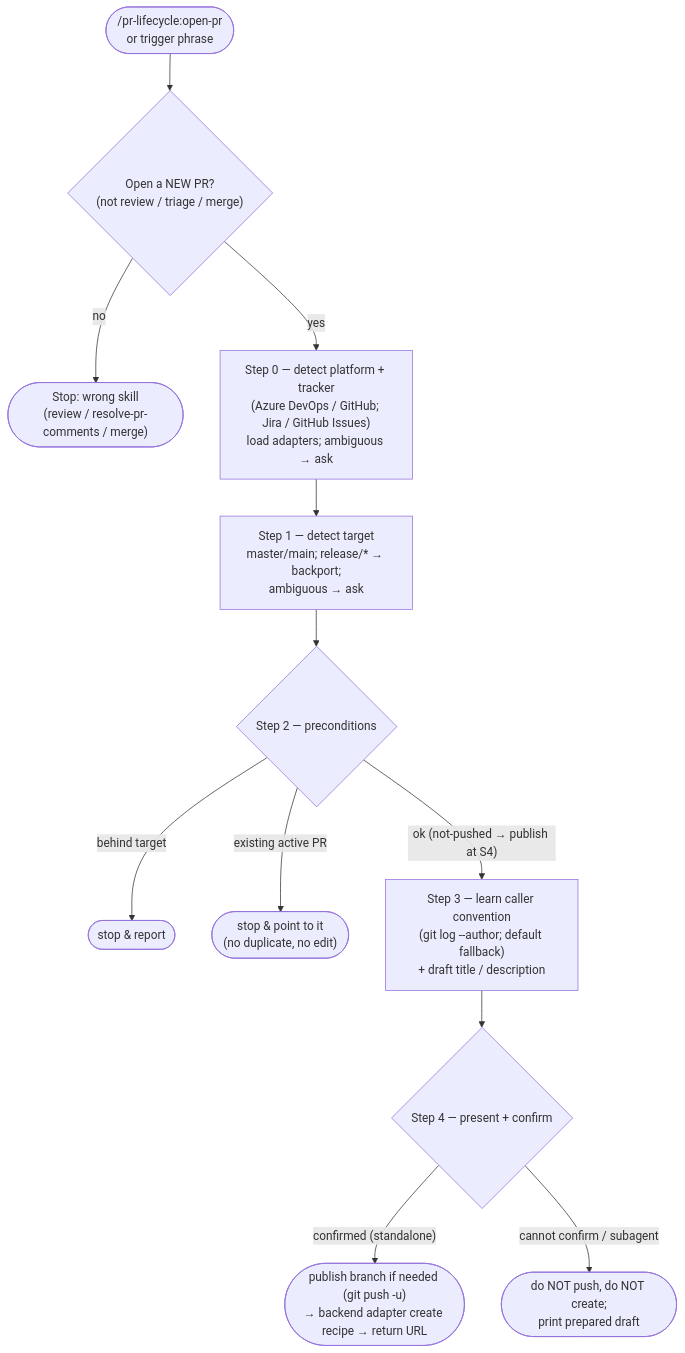
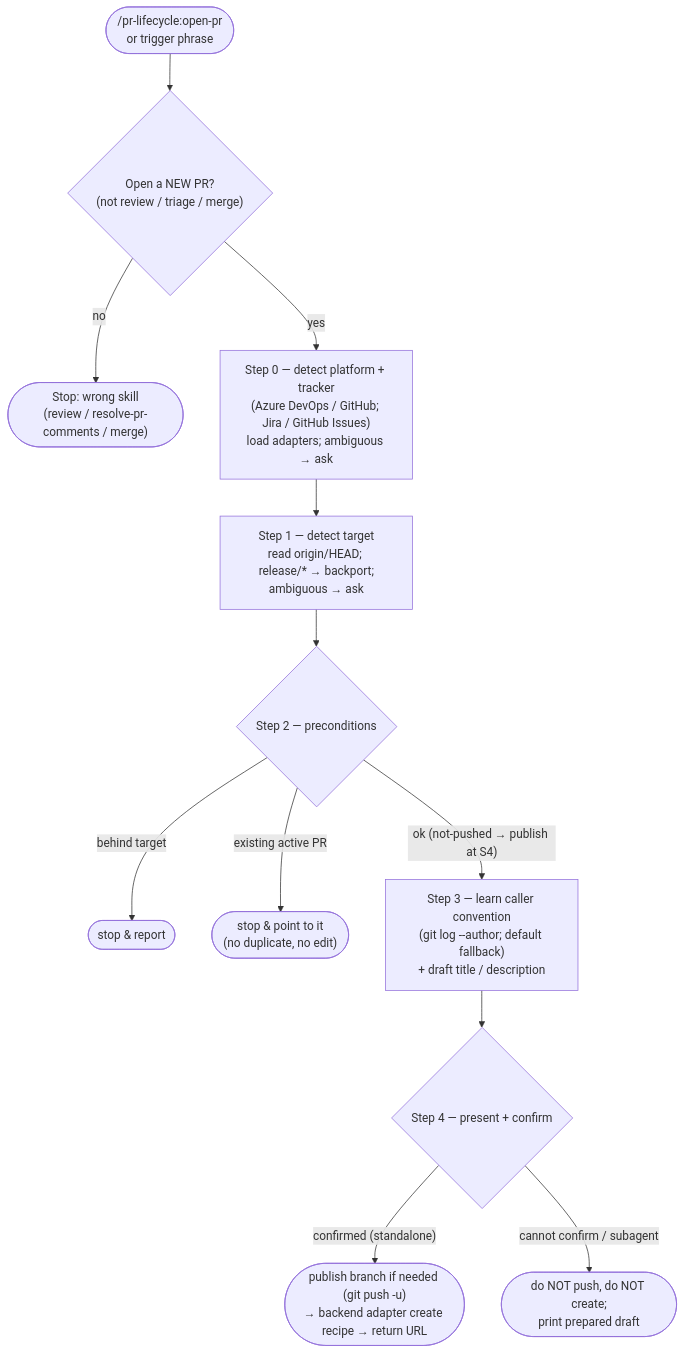
One commit to softwareone-platform/issue-to-pr changed the diagram in plugins/pr-lifecycle/skills/open-pr/README.md. Above: the diagram before and after it, drawn with Mermaid. The commit also changed 3 other files, not shown here.

Commit message:
detect the default branch, stop assuming master

````diff
--- a/plugins/pr-lifecycle/skills/open-pr/README.md
+++ b/plugins/pr-lifecycle/skills/open-pr/README.md
@@ -18,14 +18,14 @@
 ```mermaid
 flowchart TD
     T(["/pr-lifecycle:open-pr<br>or trigger phrase"]) --> G{"Open a NEW PR?<br>(not review / triage / merge)"}
     G -- "no" --> STOP(["Stop: wrong skill<br>(review / resolve-pr-comments / merge)"])
     G -- "yes" --> S0["Step 0 — detect platform + tracker<br>(Azure DevOps / GitHub; Jira / GitHub Issues)<br>load adapters; ambiguous → ask"]
-    S0 --> S1["Step 1 — detect target<br>master/main; release/* → backport;<br>ambiguous → ask"]
+    S0 --> S1["Step 1 — detect target<br>read origin/HEAD; release/* → backport;<br>ambiguous → ask"]
     S1 --> S2{"Step 2 — preconditions"}
     S2 -- "behind target" --> X1(["stop & report"])
     S2 -- "existing active PR" --> X2(["stop & point to it<br>(no duplicate, no edit)"])
     S2 -- "ok (not-pushed → publish at S4)" --> S3["Step 3 — learn caller convention<br>(git log --author; default fallback)<br>+ draft title / description"]
     S3 --> S4{"Step 4 — present + confirm"}
     S4 -- "confirmed (standalone)" --> C(["publish branch if needed (git push -u)<br>→ backend adapter create recipe → return URL"])
     S4 -- "cannot confirm / subagent" --> P(["do NOT push, do NOT create;<br>print prepared draft"])
 ```
````
